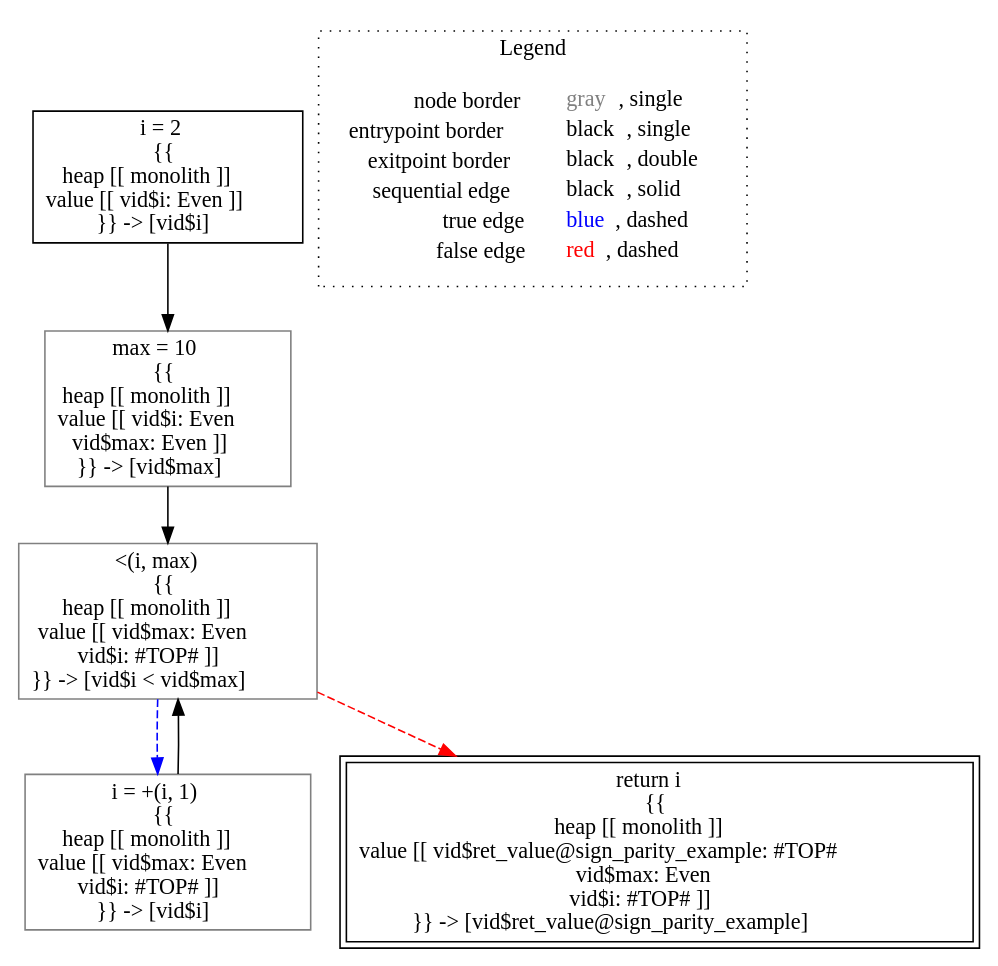
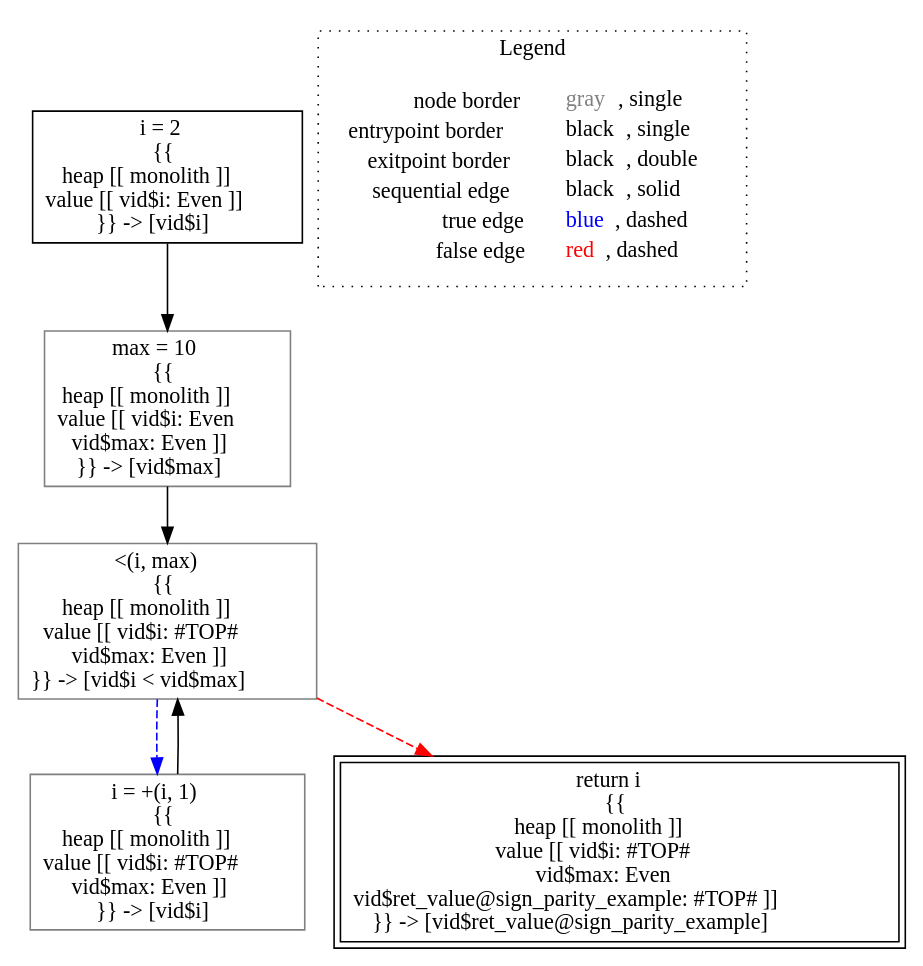
One commit to lisa-analyzer/lisa changed the diagram in lisa/imp-testcases/parity/analysis___untyped_tutorial.sign_parity_example().dot. Above: the diagram before and after it, drawn with Graphviz. The commit also changed 29 other files, not shown here.

```diff
--- a/lisa/imp-testcases/parity/analysis___untyped_tutorial.sign_parity_example().dot
+++ b/lisa/imp-testcases/parity/analysis___untyped_tutorial.sign_parity_example().dot
@@ -1,19 +1,19 @@
 digraph {
 	"node0" [shape="rect",color="black",label=<i = 2<BR/>{{<BR/>heap [[ monolith ]]<BR/>value [[ vid$i: Even ]]<BR/>}} -&gt; [vid$i]>];
-	"node1" [shape="rect",color="gray",label=<&lt;(i, max)<BR/>{{<BR/>heap [[ monolith ]]<BR/>value [[ vid$max: Even<BR/>vid$i: #TOP# ]]<BR/>}} -&gt; [vid$i &lt; vid$max]>];
-	"node2" [shape="rect",color="gray",label=<i = +(i, 1)<BR/>{{<BR/>heap [[ monolith ]]<BR/>value [[ vid$max: Even<BR/>vid$i: #TOP# ]]<BR/>}} -&gt; [vid$i]>];
-	"node3" [shape="rect",color="gray",label=<max = 10<BR/>{{<BR/>heap [[ monolith ]]<BR/>value [[ vid$i: Even<BR/>vid$max: Even ]]<BR/>}} -&gt; [vid$max]>];
-	"node4" [shape="rect",color="black",peripheries="2",label=<return i<BR/>{{<BR/>heap [[ monolith ]]<BR/>value [[ vid$ret_value@sign_parity_example: #TOP#<BR/>vid$max: Even<BR/>vid$i: #TOP# ]]<BR/>}} -&gt; [vid$ret_value@sign_parity_example]>];
-	"node1" -> "node2" [color="blue",style="dashed"];
-	"node1" -> "node4" [color="red",style="dashed"];
-	"node2" -> "node1" [color="black"];
-	"node0" -> "node3" [color="black"];
-	"node3" -> "node1" [color="black"];
+	"node1" [shape="rect",color="gray",label=<i = +(i, 1)<BR/>{{<BR/>heap [[ monolith ]]<BR/>value [[ vid$i: #TOP#<BR/>vid$max: Even ]]<BR/>}} -&gt; [vid$i]>];
+	"node2" [shape="rect",color="gray",label=<max = 10<BR/>{{<BR/>heap [[ monolith ]]<BR/>value [[ vid$i: Even<BR/>vid$max: Even ]]<BR/>}} -&gt; [vid$max]>];
+	"node3" [shape="rect",color="gray",label=<&lt;(i, max)<BR/>{{<BR/>heap [[ monolith ]]<BR/>value [[ vid$i: #TOP#<BR/>vid$max: Even ]]<BR/>}} -&gt; [vid$i &lt; vid$max]>];
+	"node4" [shape="rect",color="black",peripheries="2",label=<return i<BR/>{{<BR/>heap [[ monolith ]]<BR/>value [[ vid$i: #TOP#<BR/>vid$max: Even<BR/>vid$ret_value@sign_parity_example: #TOP# ]]<BR/>}} -&gt; [vid$ret_value@sign_parity_example]>];
+	"node1" -> "node3" [color="black"];
+	"node2" -> "node3" [color="black"];
+	"node3" -> "node1" [color="blue",style="dashed"];
+	"node3" -> "node4" [color="red",style="dashed"];
+	"node0" -> "node2" [color="black"];
 subgraph cluster_legend {
 	label="Legend";
 	style=dotted;
 	node [shape=plaintext];
 	"legend" [label=<<table border="0" cellpadding="2" cellspacing="0" cellborder="0"><tr><td align="right">node border&nbsp;</td><td align="left"><font color="gray">gray</font>, single</td></tr><tr><td align="right">entrypoint border&nbsp;</td><td align="left"><font color="black">black</font>, single</td></tr><tr><td align="right">exitpoint border&nbsp;</td><td align="left"><font color="black">black</font>, double</td></tr><tr><td align="right">sequential edge&nbsp;</td><td align="left"><font color="black">black</font>, solid</td></tr><tr><td align="right">true edge&nbsp;</td><td align="left"><font color="blue">blue</font>, dashed</td></tr><tr><td align="right">false edge&nbsp;</td><td align="left"><font color="red">red</font>, dashed</td></tr></table>>];
 }
 
 }
```
